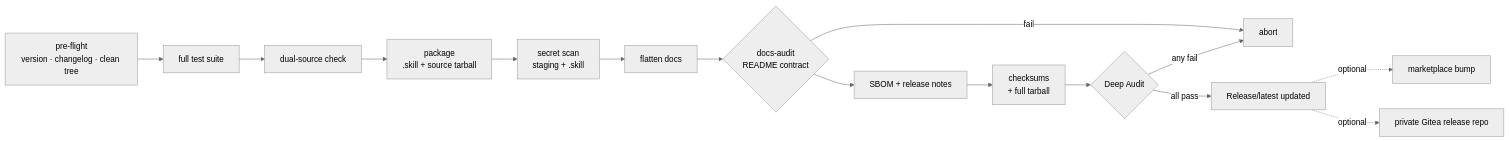
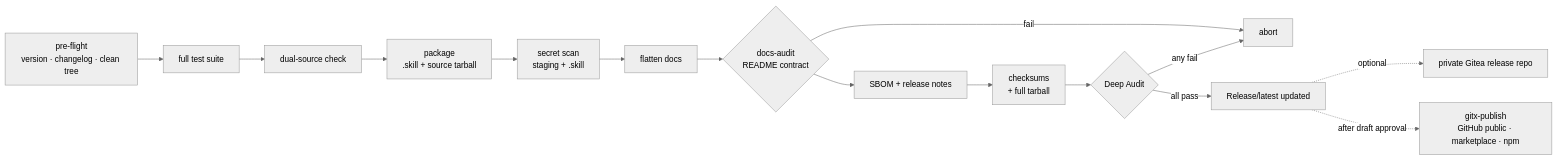
The diagram in README.md (tkxlab-ai/GitX), drawn with Mermaid (neutral theme) before and after one commit. The commit also changed other lines of this file and 98 other files, not shown here.

````diff
--- a/README.md
+++ b/README.md
@@ -176,17 +196,17 @@
 ```mermaid
 flowchart LR
   A[pre-flight<br/>version · changelog · clean tree] --> B[full test suite]
   B --> C[dual-source check]
   C --> D[package<br/>.skill + source tarball]
   D --> E[secret scan<br/>staging + .skill]
   E --> F[flatten docs]
   F --> J{docs-audit<br/>README contract}
   J -->|fail| X
   J --> K[SBOM + release notes]
   K --> G[checksums<br/>+ full tarball]
   G --> H{Deep Audit}
   H -->|all pass| I[Release/latest updated]
   H -->|any fail| X[abort]
-  I -.optional.-> M[marketplace bump]
   I -.optional.-> N[private Gitea release repo]
+  I -.after draft approval.-> P[gitx-publish<br/>GitHub public · marketplace · npm]
 ```
````
